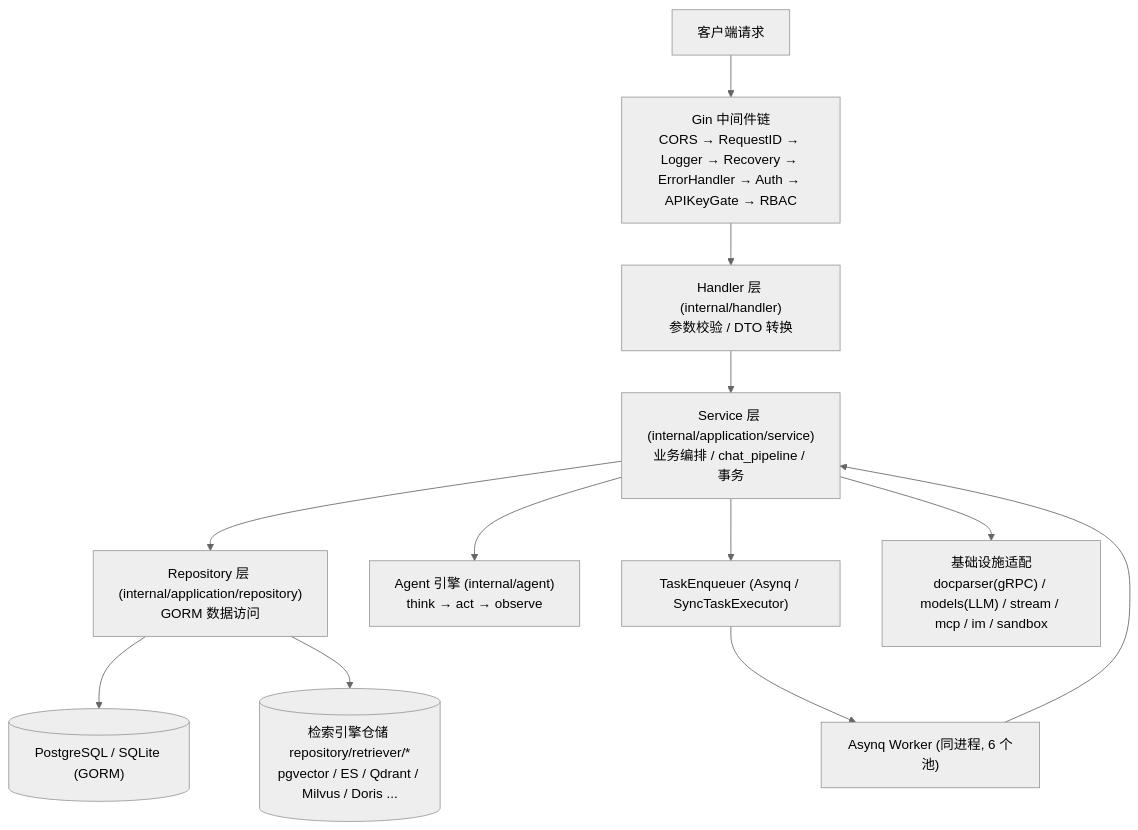
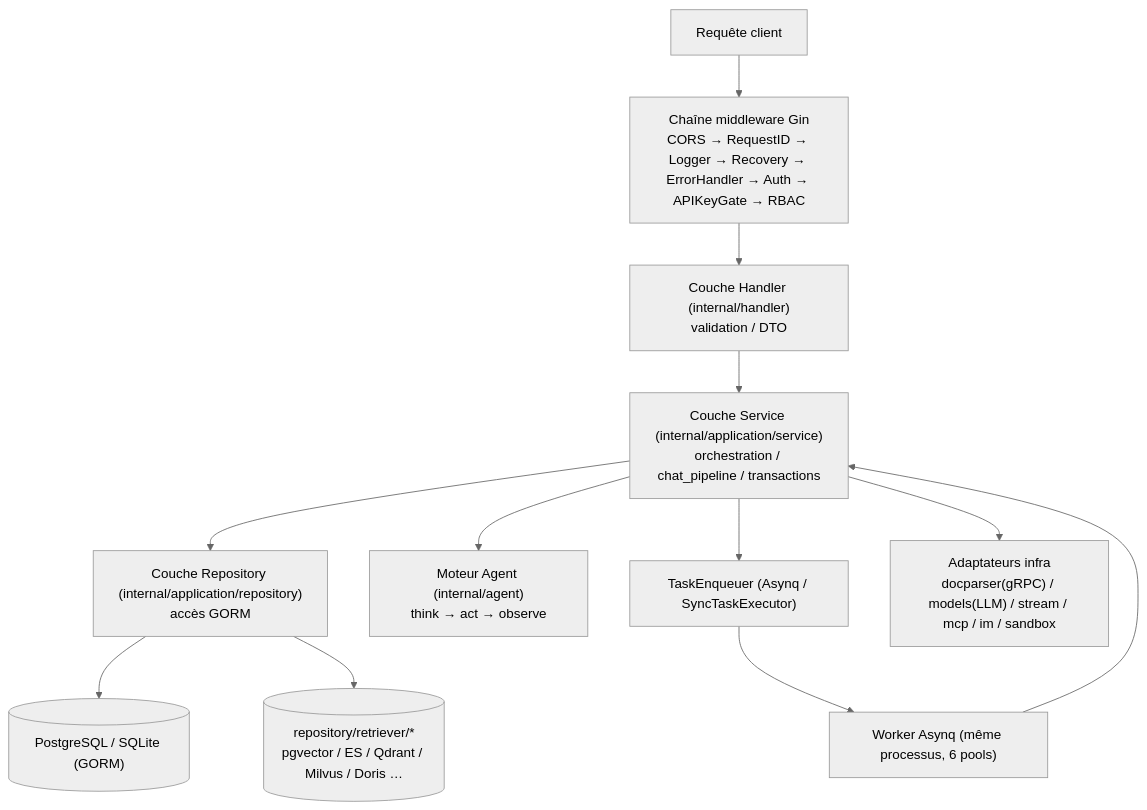
The first of 3 diagrams in website-docs/02-architecture/02-backend-design.md (samiriggui-code/gsms-template), drawn with Mermaid (neutral theme) before and after one commit. The commit also changed other lines of this file and 301 other files, not shown here.

````diff
--- a/website-docs/02-architecture/02-backend-design.md
+++ b/website-docs/02-architecture/02-backend-design.md
@@ -26,14 +26,14 @@
 ```mermaid
 graph TD
-    C["客户端请求"] --> MW["Gin 中间件链<br/>CORS → RequestID → Logger → Recovery → ErrorHandler → Auth → APIKeyGate → RBAC"]
-    MW --> H["Handler 层 (internal/handler)<br/>参数校验 / DTO 转换"]
-    H --> S["Service 层 (internal/application/service)<br/>业务编排 / chat_pipeline / 事务"]
-    S --> R["Repository 层 (internal/application/repository)<br/>GORM 数据访问"]
-    S --> AG["Agent 引擎 (internal/agent)<br/>think → act → observe"]
+    C["Requête client"] --> MW["Chaîne middleware Gin<br/>CORS → RequestID → Logger → Recovery → ErrorHandler → Auth → APIKeyGate → RBAC"]
+    MW --> H["Couche Handler (internal/handler)<br/>validation / DTO"]
+    H --> S["Couche Service (internal/application/service)<br/>orchestration / chat_pipeline / transactions"]
+    S --> R["Couche Repository (internal/application/repository)<br/>accès GORM"]
+    S --> AG["Moteur Agent (internal/agent)<br/>think → act → observe"]
     S --> Q["TaskEnqueuer (Asynq / SyncTaskExecutor)"]
     R --> DB[("PostgreSQL / SQLite (GORM)")]
-    R --> VS[("检索引擎仓储 repository/retriever/*<br/>pgvector / ES / Qdrant / Milvus / Doris ...")]
-    S --> INF["基础设施适配<br/>docparser(gRPC) / models(LLM) / stream / mcp / im / sandbox"]
-    Q --> W["Asynq Worker (同进程, 6 个池)"]
+    R --> VS[("repository/retriever/*<br/>pgvector / ES / Qdrant / Milvus / Doris …")]
+    S --> INF["Adaptateurs infra<br/>docparser(gRPC) / models(LLM) / stream / mcp / im / sandbox"]
+    Q --> W["Worker Asynq (même processus, 6 pools)"]
     W --> S
 ```
````
